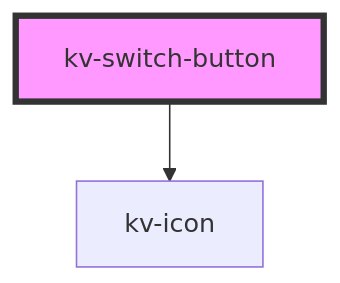
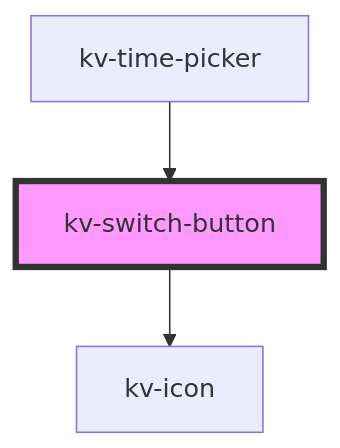
One commit to kelvininc/ui-components changed the diagram in packages/ui-components/src/components/switch-button/readme.md. Above: the diagram before and after it, drawn with Mermaid. The commit also changed other lines of this file and 46 other files, not shown here.

Commit message:
feat(time-range): add new time range picker component

````diff
--- a/packages/ui-components/src/components/switch-button/readme.md
+++ b/packages/ui-components/src/components/switch-button/readme.md
@@ -117,5 +121,6 @@
 ```mermaid
 graph TD;
   kv-switch-button --> kv-icon
+  kv-time-picker --> kv-switch-button
   style kv-switch-button fill:#f9f,stroke:#333,stroke-width:4px
 ```
````
